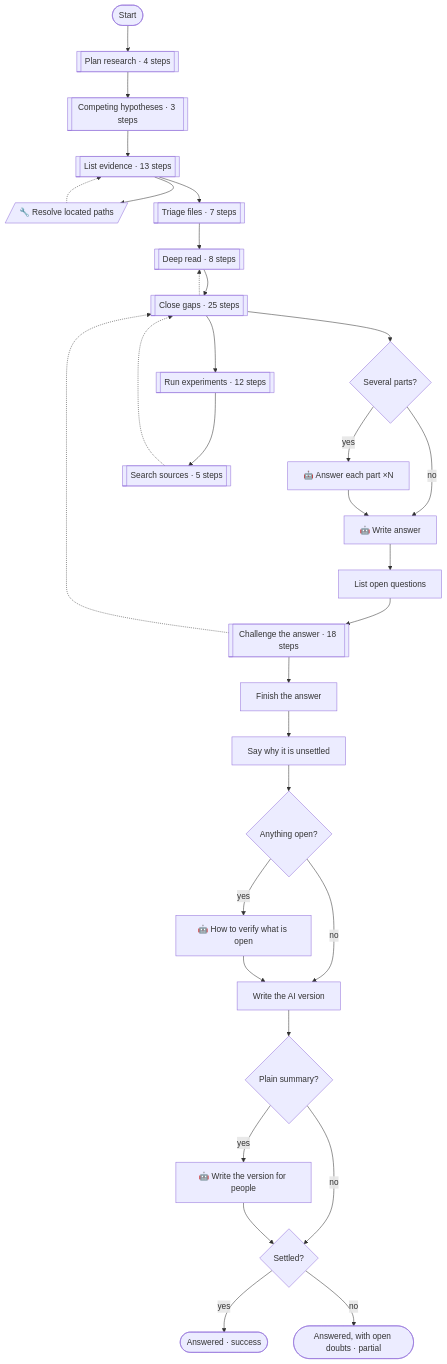
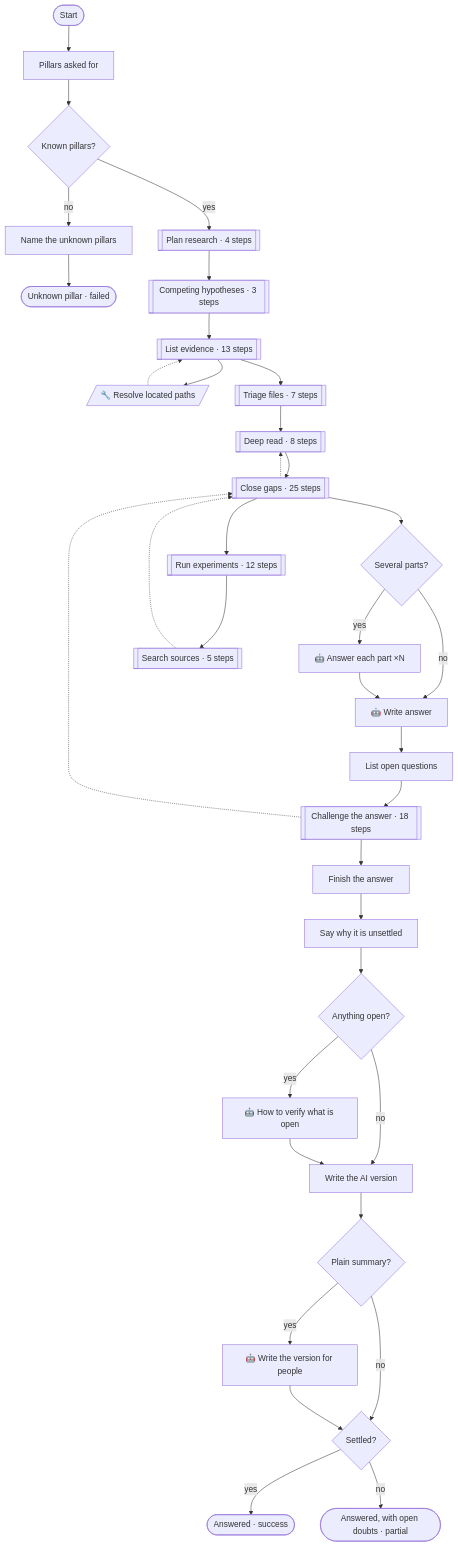
One commit to pirty6/symphony-core changed the first of 7 diagrams in docs/patterns.md. Above: the diagram before and after it, drawn with Mermaid. The commit also changed other lines of this file and 1 other file, not shown here.

Commit message:
docs: investigate's pillars input

````diff
--- a/docs/patterns.md
+++ b/docs/patterns.md
@@ -147,59 +148,67 @@
 ```mermaid
 flowchart TD
   n_start(["Start"])
+  n_focusPillars["Pillars asked for"]
+  n_pillarsKnown{"Known pillars?"}
+  n_unknownPillars["Name the unknown pillars"]
   n_resolveScope[/"🔧 Resolve located paths"/]
   n_multiPart{"Several parts?"}
   n_answerParts["🤖 Answer each part ×N"]
   n_answer["🤖 Write answer"]
   n_listOpen["List open questions"]
   n_attachParts["Finish the answer"]
   n_settled{"Settled?"}
   n_noteDoubts["Say why it is unsettled"]
   n_anyOpen{"Anything open?"}
   n_planVerification["🤖 How to verify what is open"]
   n_handoffDoc["Write the AI version"]
   n_wantPlain{"Plain summary?"}
   n_explain["🤖 Write the version for people"]
   n_done(["Answered · success"])
   n_doubts(["Answered, with open doubts · partial"])
+  n_badPillars(["Unknown pillar · failed"])
   n_planPhase[["Plan research · 4 steps"]]
   n_hypothesesPhase[["Competing hypotheses · 3 steps"]]
   n_listPhase[["List evidence · 13 steps"]]
   n_triagePhase[["Triage files · 7 steps"]]
   n_deepPhase[["Deep read · 8 steps"]]
   n_experimentPhase[["Run experiments · 12 steps"]]
   n_sourcePhase[["Search sources · 5 steps"]]
   n_gapPhase[["Close gaps · 25 steps"]]
   n_challengePhase[["Challenge the answer · 18 steps"]]
-  n_start --> n_planPhase
+  n_start --> n_focusPillars
+  n_focusPillars --> n_pillarsKnown
+  n_pillarsKnown -->|"yes"| n_planPhase
+  n_pillarsKnown -->|"no"| n_unknownPillars
+  n_unknownPillars --> n_badPillars
   n_planPhase --> n_hypothesesPhase
   n_hypothesesPhase --> n_listPhase
   n_listPhase --> n_resolveScope
   n_resolveScope -.-> n_listPhase
   n_listPhase --> n_triagePhase
   n_triagePhase --> n_deepPhase
   n_deepPhase --> n_gapPhase
   n_gapPhase --> n_experimentPhase
   n_experimentPhase --> n_sourcePhase
   n_sourcePhase -.-> n_gapPhase
   n_gapPhase -.-> n_deepPhase
   n_gapPhase --> n_multiPart
   n_multiPart -->|"yes"| n_answerParts
   n_multiPart -->|"no"| n_answer
   n_answerParts --> n_answer
   n_answer --> n_listOpen
   n_listOpen --> n_challengePhase
   n_challengePhase --> n_attachParts
   n_challengePhase -.-> n_gapPhase
   n_attachParts --> n_noteDoubts
   n_noteDoubts --> n_anyOpen
   n_anyOpen -->|"yes"| n_planVerification
   n_anyOpen -->|"no"| n_handoffDoc
   n_planVerification --> n_handoffDoc
   n_handoffDoc --> n_wantPlain
   n_wantPlain -->|"yes"| n_explain
   n_wantPlain -->|"no"| n_settled
   n_explain --> n_settled
   n_settled -->|"yes"| n_done
   n_settled -->|"no"| n_doubts
 ```
````
